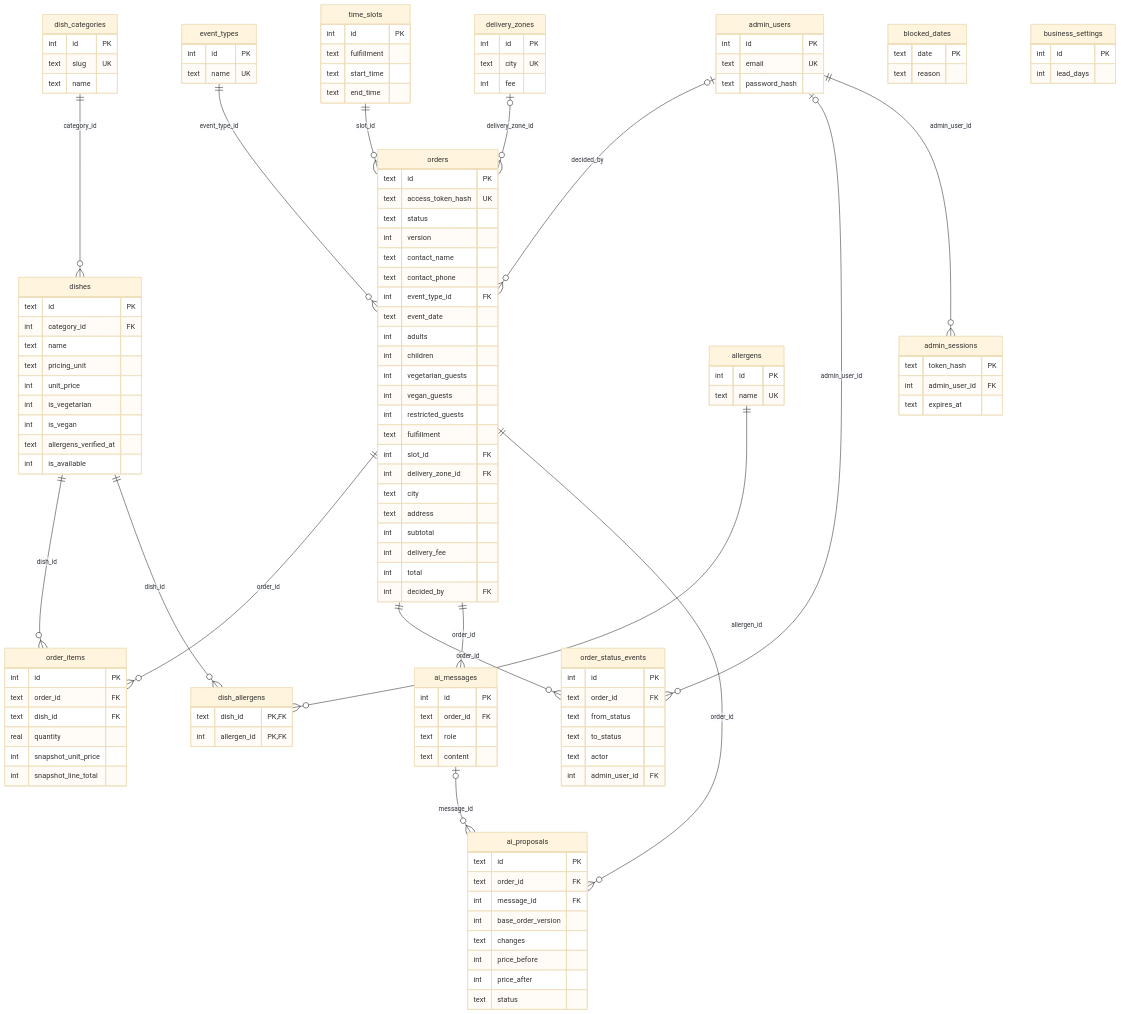
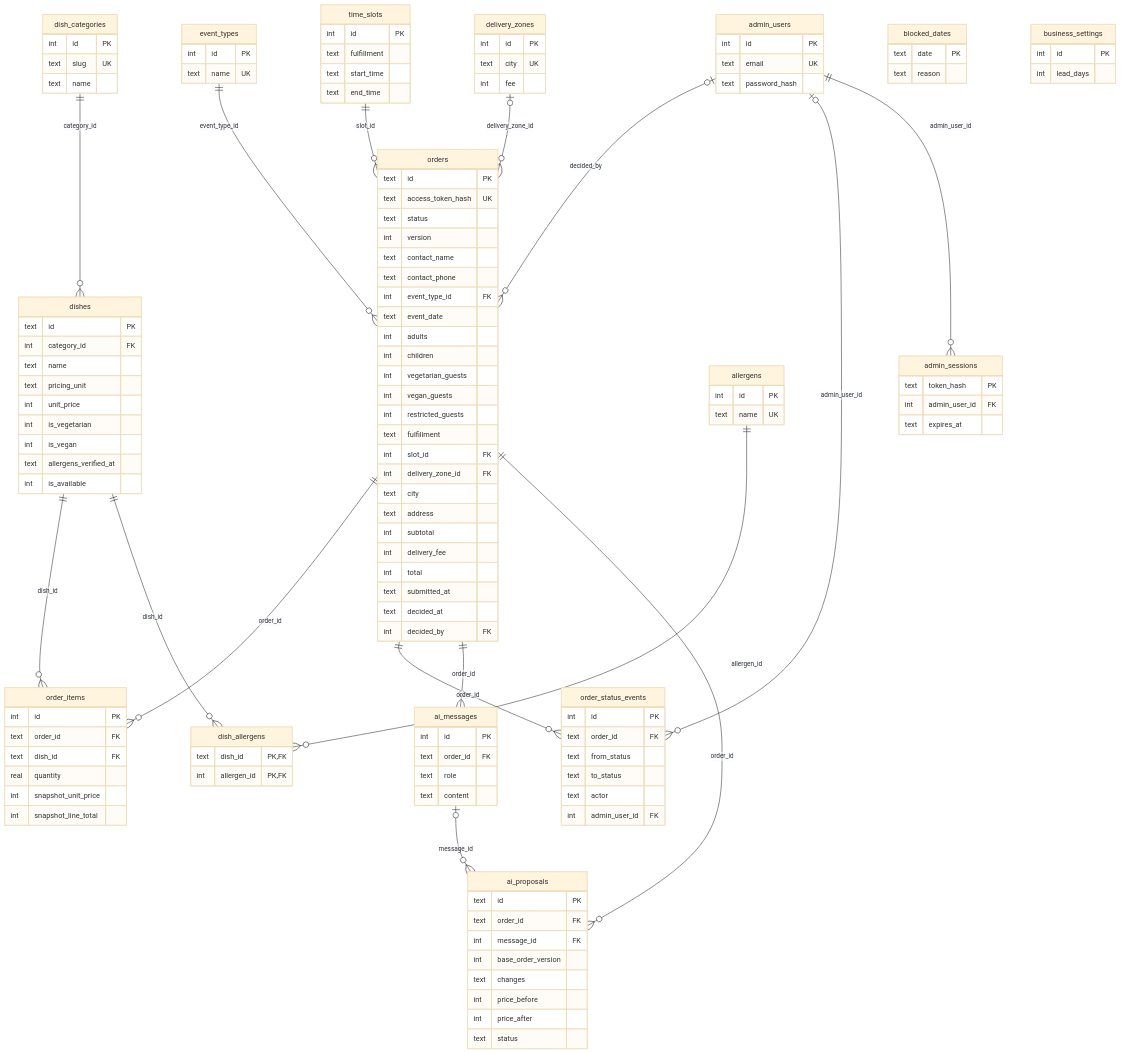
One commit to JonathanZouari/ai-catering-platform changed the diagram in docs/DATABASE_SCHEMA.md. Above: the diagram before and after it, drawn with Mermaid (base theme).

Commit message:
docs(db): add submitted_at and decided_at to the ERD

```diff
--- a/docs/DATABASE_SCHEMA.md
+++ b/docs/DATABASE_SCHEMA.md
@@ -48,6 +48,8 @@
     int subtotal
     int delivery_fee
     int total
+    text submitted_at
+    text decided_at
     int decided_by FK
   }
   order_items {
```
